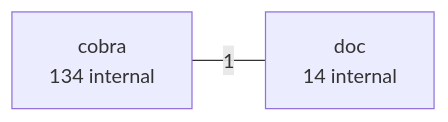
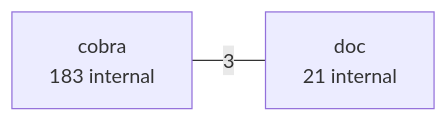
The second of 7 diagrams in examples/cobra.md (LukasSelin/doppel), drawn with Mermaid before and after one commit. The commit also changed other lines of this file and 66 other files, not shown here.

````diff
--- a/examples/cobra.md
+++ b/examples/cobra.md
@@ -116,6 +160,6 @@
 ```mermaid
 flowchart LR
-    p0["cobra<br/>134 internal"]
-    p1["doc<br/>14 internal"]
-    p0 ---|"1"| p1
+    p0["cobra<br/>183 internal"]
+    p1["doc<br/>21 internal"]
+    p0 ---|"3"| p1
 ```
````
